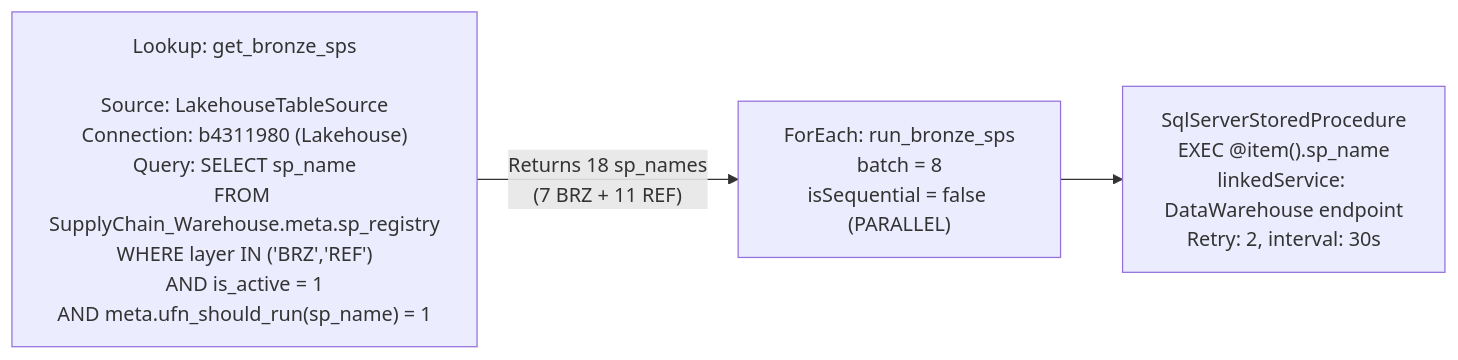
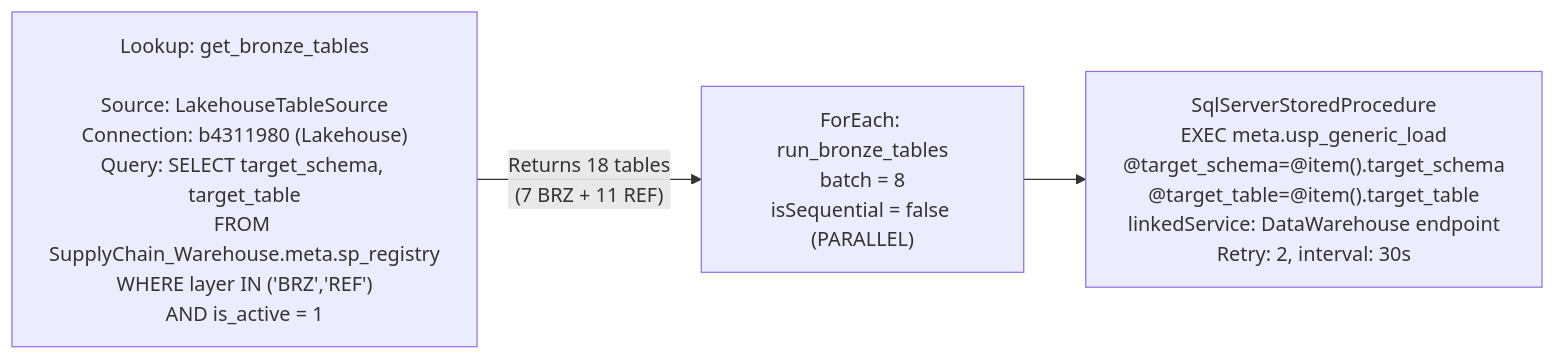
One commit to ankinguyen-engineer-2002/Fabric-v9-Warehouse-Medallion changed the third of 11 diagrams in Fabric_Architect/v9_architecture_supplychain.md. Above: the diagram before and after it, drawn with Mermaid. The commit also changed other lines of this file and 7 other files, not shown here.

First line of the commit message:
Generic SP migration: 28 per-table SPs → 1 meta.usp_generic_load

````diff
--- a/Fabric_Architect/v9_architecture_supplychain.md
+++ b/Fabric_Architect/v9_architecture_supplychain.md
@@ -242,11 +218,11 @@
 ```mermaid
 flowchart LR
-    L["Lookup: get_bronze_sps\n\nSource: LakehouseTableSource\nConnection: b4311980 (Lakehouse)\nQuery: SELECT sp_name\nFROM SupplyChain_Warehouse.meta.sp_registry\nWHERE layer IN ('BRZ','REF')\nAND is_active = 1\nAND meta.ufn_should_run(sp_name) = 1"]
+    L["Lookup: get_bronze_tables\n\nSource: LakehouseTableSource\nConnection: b4311980 (Lakehouse)\nQuery: SELECT target_schema, target_table\nFROM SupplyChain_Warehouse.meta.sp_registry\nWHERE layer IN ('BRZ','REF')\nAND is_active = 1"]
 
-    F["ForEach: run_bronze_sps\nbatch = 8\nisSequential = false (PARALLEL)"]
+    F["ForEach: run_bronze_tables\nbatch = 8\nisSequential = false (PARALLEL)"]
 
-    SP["SqlServerStoredProcedure\nEXEC @item().sp_name\nlinkedService: DataWarehouse endpoint\nRetry: 2, interval: 30s"]
+    SP["SqlServerStoredProcedure\nEXEC meta.usp_generic_load\n@target_schema=@item().target_schema\n@target_table=@item().target_table\nlinkedService: DataWarehouse endpoint\nRetry: 2, interval: 30s"]
 
-    L -->|"Returns 18 sp_names\n(7 BRZ + 11 REF)"| F
+    L -->|"Returns 18 tables\n(7 BRZ + 11 REF)"| F
     F --> SP
 ```
````
